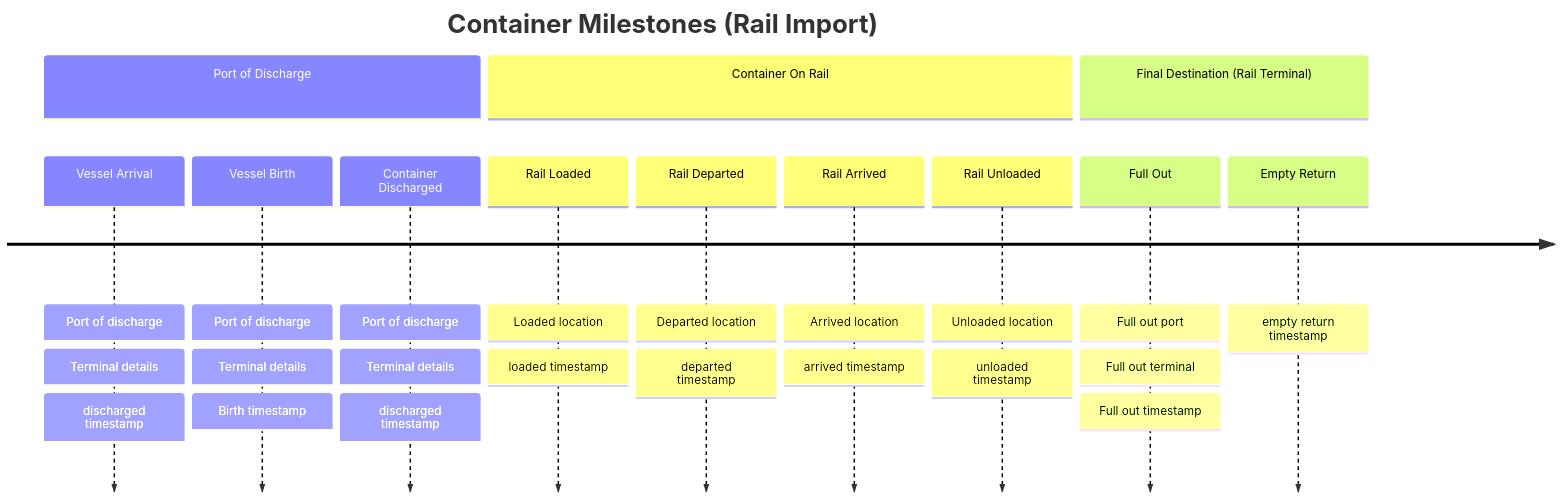
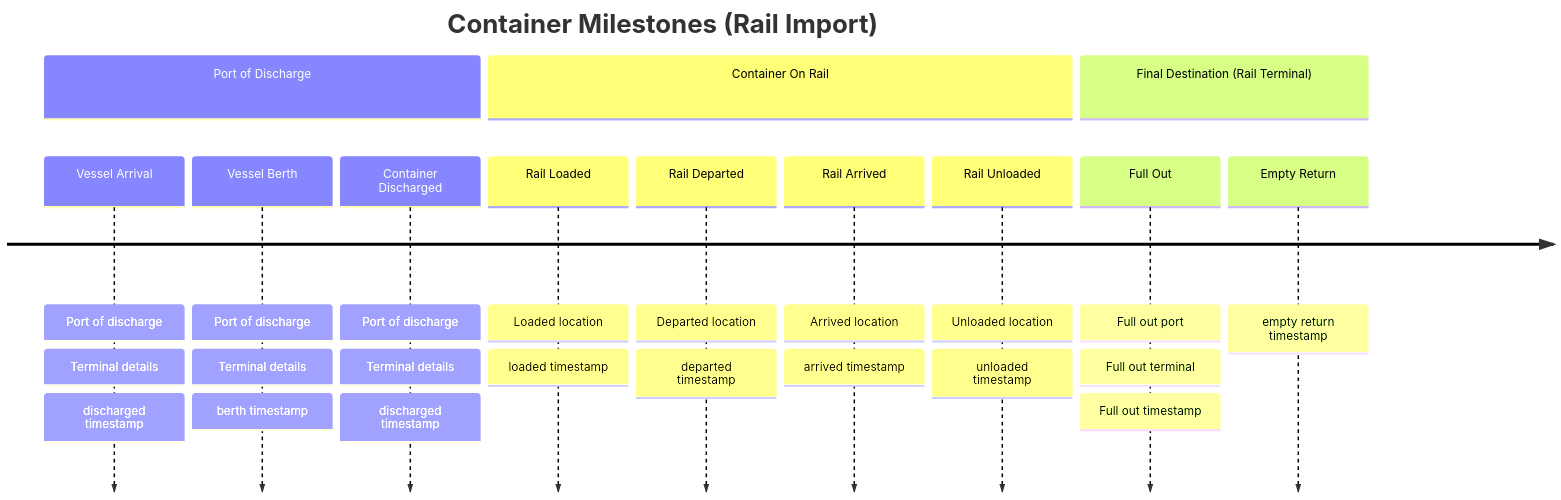
The second of 2 diagrams in docs/api-docs/in-depth-guides/rail-integration-guide.mdx (Terminal49/API), drawn with Mermaid before and after one commit. The commit also changed other lines of this file, not shown here.

````diff
--- a/docs/api-docs/in-depth-guides/rail-integration-guide.mdx
+++ b/docs/api-docs/in-depth-guides/rail-integration-guide.mdx
@@ -37,17 +37,17 @@
 ```mermaid
 timeline
     title Container Milestones (Rail Import)
     section Port of Discharge
         Vessel Arrival : Port of discharge : Terminal details : discharged timestamp
-        Vessel Birth : Port of discharge : Terminal details : Birth timestamp
+        Vessel Berth : Port of discharge : Terminal details : berth timestamp
         Container Discharged : Port of discharge : Terminal details : discharged timestamp
     section Container On Rail
         Rail Loaded : Loaded location : loaded timestamp
         Rail Departed : Departed location : departed timestamp
         Rail Arrived : Arrived location : arrived timestamp
         Rail Unloaded : Unloaded location : unloaded timestamp
     section Final Destination (Rail Terminal)
         Full Out : Full out port : Full out terminal : Full out timestamp
         Empty Return : empty return timestamp
 
 ```
````
